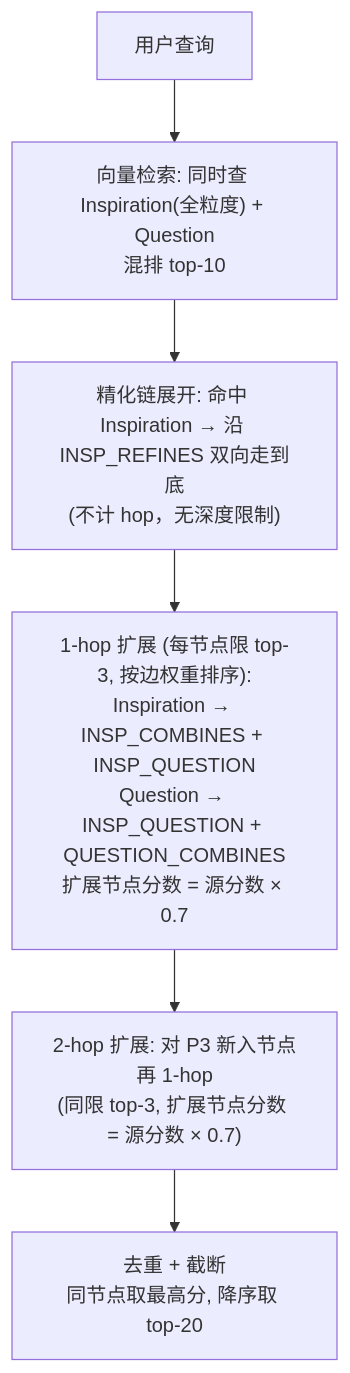
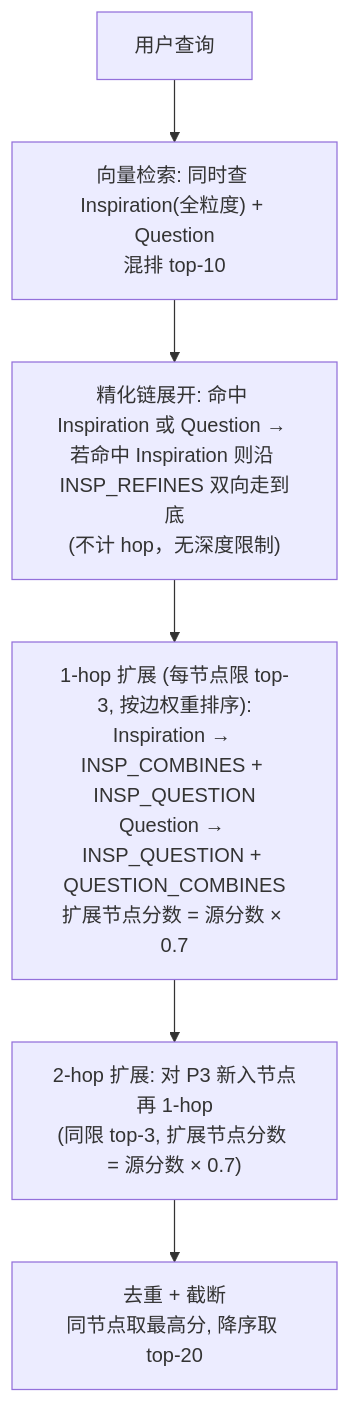
Before and after one commit to cheanus/IdeaForgeX: the first of 3 diagrams in doc/design.md, drawn with Mermaid. The commit also changed other lines of this file and 30 other files, not shown here.

````diff
--- a/doc/design.md
+++ b/doc/design.md
@@ -113,9 +114,9 @@
 ```mermaid
 flowchart TD
     Q["用户查询"]
     Q --> VS["向量检索: 同时查 Inspiration(全粒度) + Question<br/>混排 top-10"]
-    VS --> P2["精化链展开: 命中 Inspiration → 沿 INSP_REFINES 双向走到底<br/>(不计 hop，无深度限制)"]
+    VS --> P2["精化链展开: 命中 Inspiration 或 Question → 若命中 Inspiration 则沿 INSP_REFINES 双向走到底<br/>(不计 hop，无深度限制)"]
     P2 --> P3["1-hop 扩展 (每节点限 top-3, 按边权重排序):<br/>Inspiration → INSP_COMBINES + INSP_QUESTION<br/>Question → INSP_QUESTION + QUESTION_COMBINES<br/>扩展节点分数 = 源分数 × 0.7"]
     P3 --> P4["2-hop 扩展: 对 P3 新入节点再 1-hop<br/>(同限 top-3, 扩展节点分数 = 源分数 × 0.7)"]
     P4 --> P5["去重 + 截断<br/>同节点取最高分, 降序取 top-20"]
 ```
````
